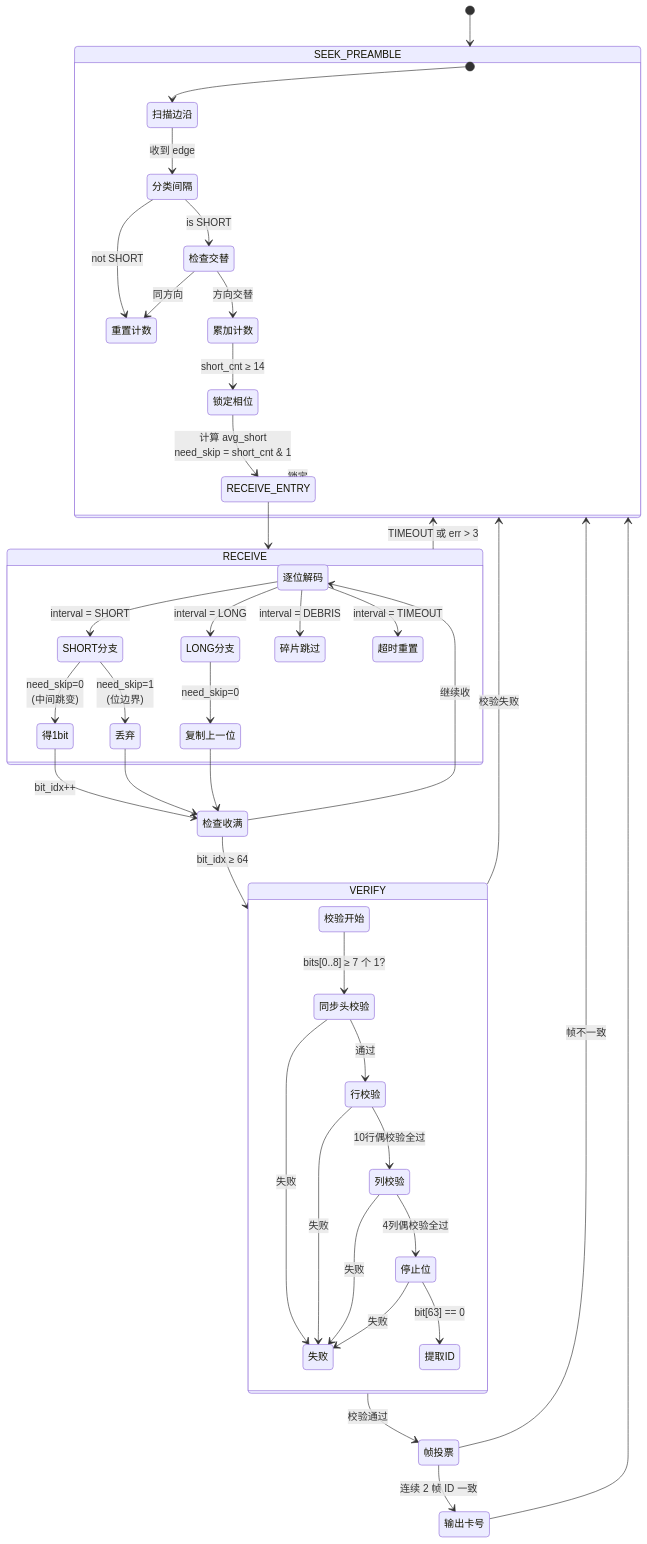
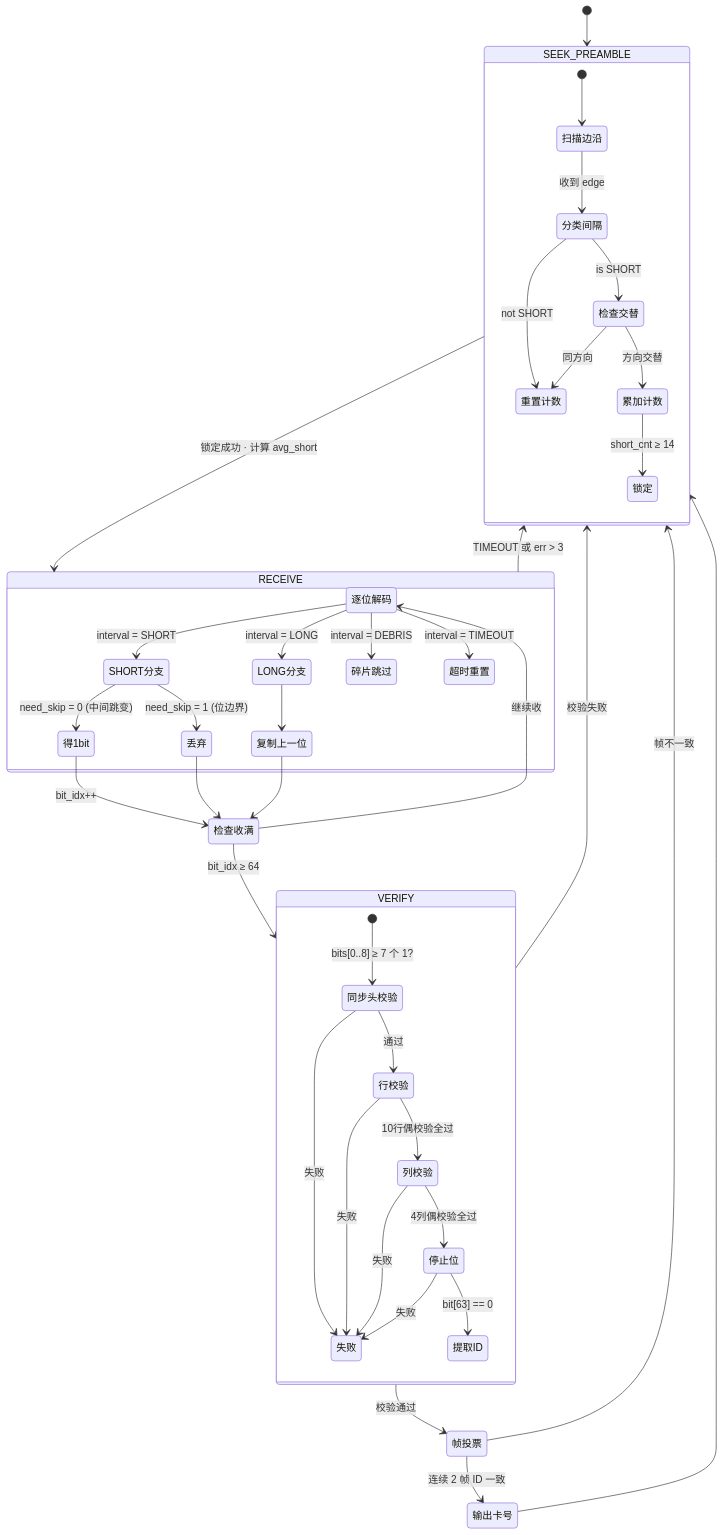
Before and after one commit to Siaiai/ObsidianNote: the second of 4 diagrams in 工作/SR3读卡器/260802SR3读卡器架构.md, drawn with Mermaid. The commit also changed other lines of this file and 1 other file, not shown here.

````diff
--- a/工作/SR3读卡器/260802SR3读卡器架构.md
+++ b/工作/SR3读卡器/260802SR3读卡器架构.md
@@ -125,59 +113,54 @@
 ```mermaid
 stateDiagram-v2
     [*] --> SEEK_PREAMBLE
 
     state SEEK_PREAMBLE {
         [*] --> 扫描边沿
         扫描边沿 --> 分类间隔 : 收到 edge
         分类间隔 --> 检查交替 : is SHORT
         分类间隔 --> 重置计数 : not SHORT
         检查交替 --> 累加计数 : 方向交替
         检查交替 --> 重置计数 : 同方向
-        累加计数 --> 锁定相位 : short_cnt ≥ 14
-        锁定相位 --> RECEIVE_ENTRY : 计算 avg_short<br/>need_skip = short_cnt & 1
+        累加计数 --> 锁定 : short_cnt ≥ 14
     }
-
-    RECEIVE_ENTRY --> RECEIVE
 
     state RECEIVE {
         逐位解码 --> SHORT分支 : interval = SHORT
         逐位解码 --> LONG分支 : interval = LONG
         逐位解码 --> 碎片跳过 : interval = DEBRIS
         逐位解码 --> 超时重置 : interval = TIMEOUT
 
-        SHORT分支 --> 得1bit : need_skip=0<br/>(中间跳变)
-        SHORT分支 --> 丢弃 : need_skip=1<br/>(位边界)
-
-        LONG分支 --> 复制上一位 : need_skip=0
+        SHORT分支 --> 得1bit : need_skip = 0 (中间跳变)
+        SHORT分支 --> 丢弃 : need_skip = 1 (位边界)
+        LONG分支 --> 复制上一位
     }
 
     得1bit --> 检查收满 : bit_idx++
     丢弃 --> 检查收满
     复制上一位 --> 检查收满
     检查收满 --> VERIFY : bit_idx ≥ 64
     检查收满 --> 逐位解码 : 继续收
 
-    SEEK_PREAMBLE --> RECEIVE_ENTRY : 锁定
-
+    SEEK_PREAMBLE --> RECEIVE : 锁定成功 · 计算 avg_short
     RECEIVE --> SEEK_PREAMBLE : TIMEOUT 或 err > 3
 
     state VERIFY {
-        校验开始 --> 同步头校验 : bits[0..8] ≥ 7 个 1?
+        [*] --> 同步头校验 : bits[0..8] ≥ 7 个 1?
         同步头校验 --> 行校验 : 通过
         同步头校验 --> 失败 : 失败
         行校验 --> 列校验 : 10行偶校验全过
         行校验 --> 失败 : 失败
         列校验 --> 停止位 : 4列偶校验全过
         列校验 --> 失败 : 失败
         停止位 --> 提取ID : bit[63] == 0
         停止位 --> 失败 : 失败
     }
 
     VERIFY --> 帧投票 : 校验通过
     VERIFY --> SEEK_PREAMBLE : 校验失败
 
     帧投票 --> 输出卡号 : 连续 2 帧 ID 一致
     帧投票 --> SEEK_PREAMBLE : 帧不一致
 
     输出卡号 --> SEEK_PREAMBLE
 ```
````
